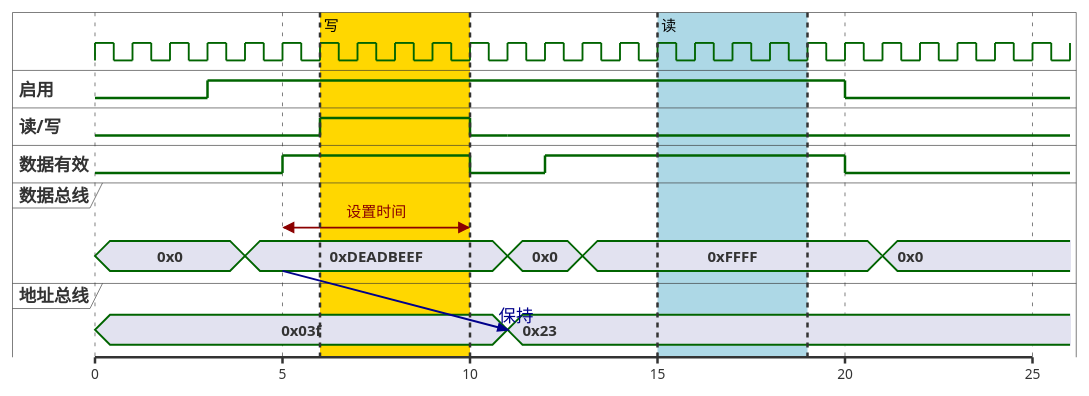
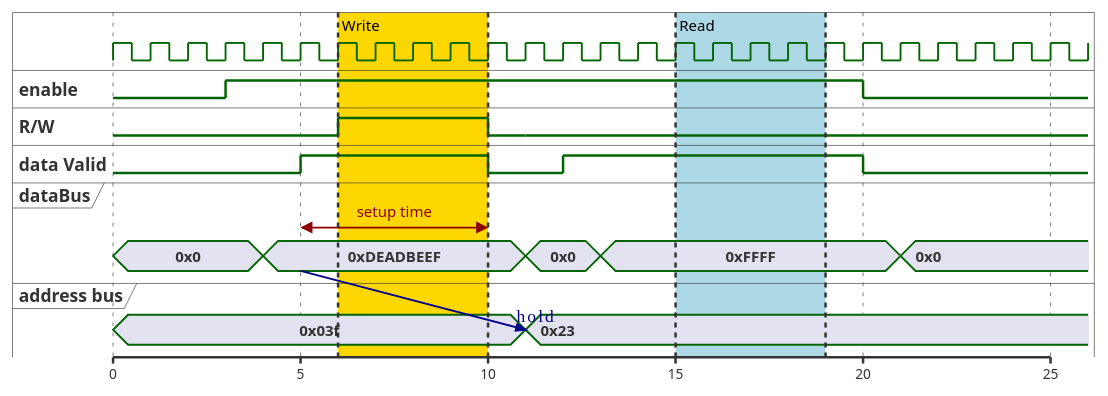
One commit to vuepress/ecosystem changed the ninth of 17 diagrams in docs/zh/plugins/markdown/markdown-chart/plantuml.md. Above: the diagram before and after it, drawn with PlantUML. The commit also changed other lines of this file, not shown here.

Commit message:
docs: fix chart

```diff
--- a/docs/zh/plugins/markdown/markdown-chart/plantuml.md
+++ b/docs/zh/plugins/markdown/markdown-chart/plantuml.md
@@ -273,57 +273,57 @@
 @startuml
 scale 5 as 150 pixels
 
 clock clk with period 1
-binary "启用" as en
-binary "读/写" as rw
-binary "数据有效" as dv
-concise "数据总线" as db
-concise "地址总线" as addr
+binary "enable" as en
+binary "R/W" as rw
+binary "data Valid" as dv
+concise "dataBus" as db
+concise "address bus" as addr
 
 @6 as :write_beg
 @10 as :write_end
 
 @15 as :read_beg
 @19 as :read_end
 
 @0
 en is low
 db is "0x0"
 addr is "0x03f"
 rw is low
 dv is 0
 
 @:write_beg-3
  en is high
 @:write_beg-2
  db is "0xDEADBEEF"
 @:write_beg-1
 dv is 1
 @:write_beg
 rw is high
 
 @:write_end
 rw is low
 dv is low
 @:write_end+1
 rw is low
 db is "0x0"
 addr is "0x23"
 
 @12
 dv is high
 @13 
 db is "0xFFFF"
 
 @20
 en is low
 dv is low
 @21 
 db is "0x0"
 
-highlight :write_beg to :write_end #Gold:写
-highlight :read_beg to :read_end #lightBlue:读
+highlight :write_beg to :write_end #Gold:Write
+highlight :read_beg to :read_end #lightBlue:Read
 
-db@:write_beg-1 <-> @:write_end : 设置时间
-db@:write_beg-1 -> addr@:write_end+1 : 保持
+db@:write_beg-1 <-> @:write_end : setup time
+db@:write_beg-1 -> addr@:write_end+1 : hold
 @enduml
```
